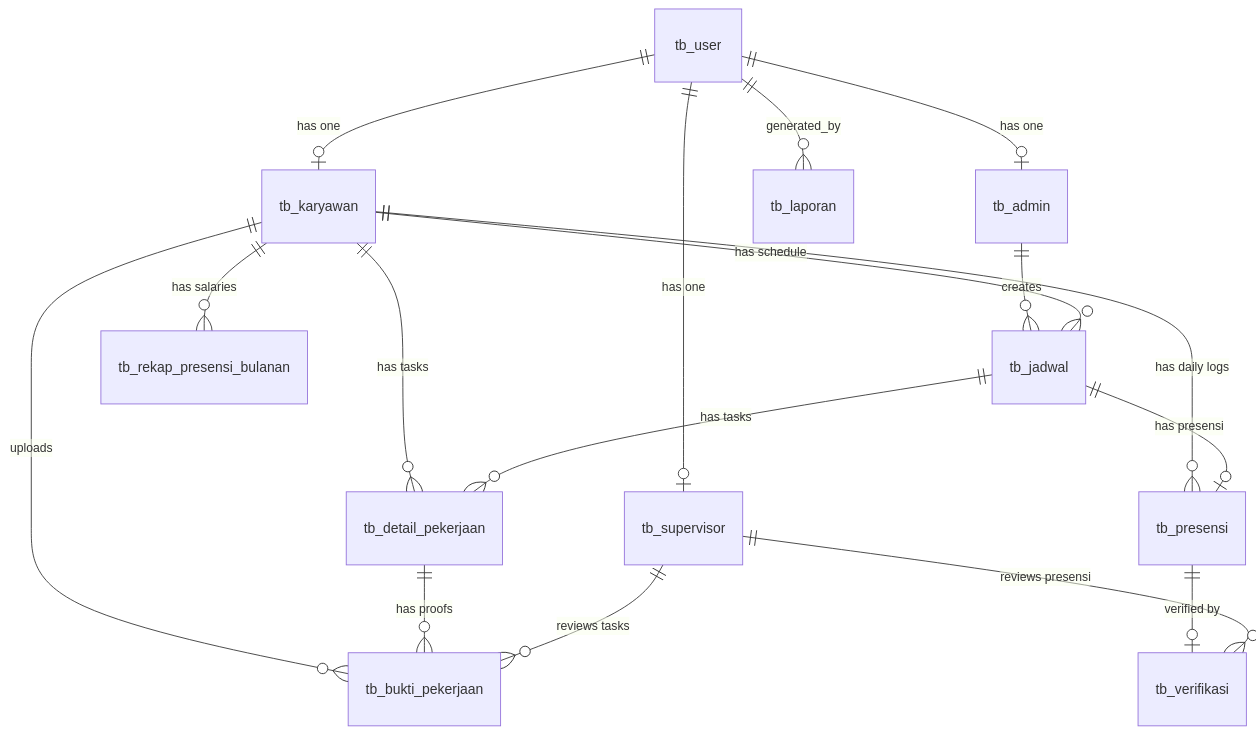
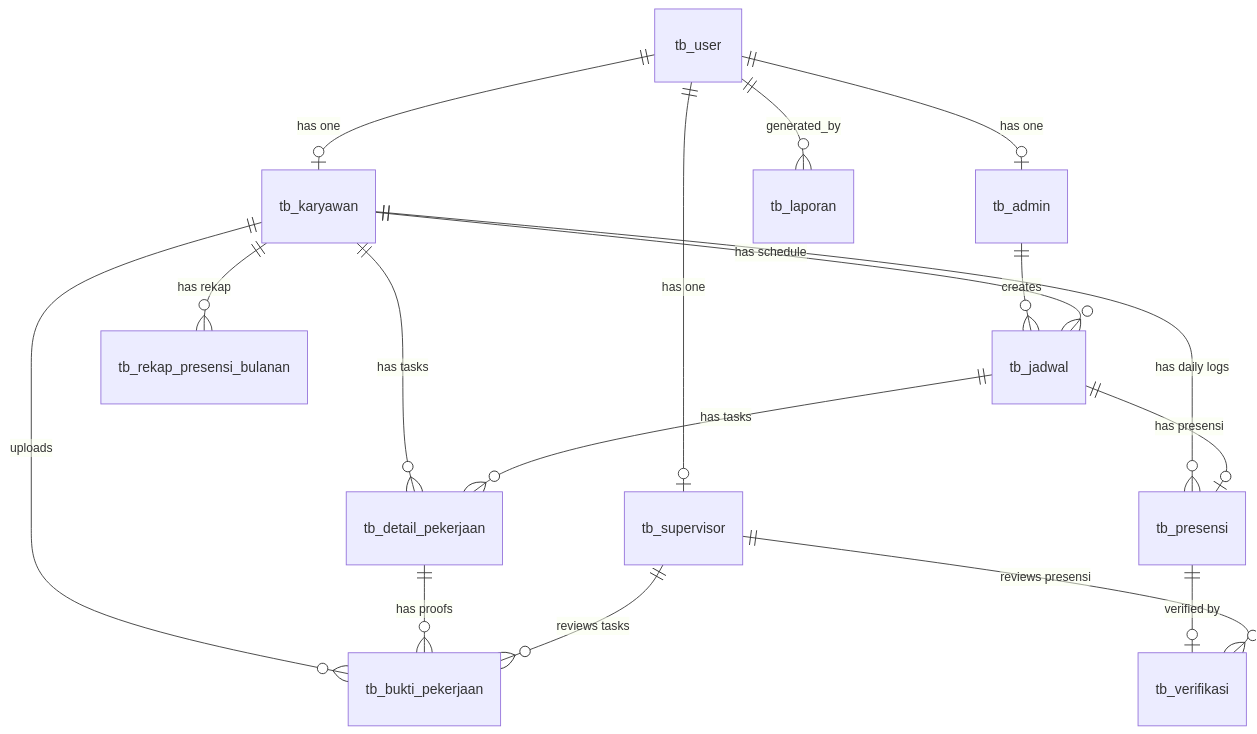
Before and after one commit to FadhilahNezaSolikhah/sistem-kepegawaian: the diagram in docs/v2/02-database-schema.md, drawn with Mermaid. The commit also changed other lines of this file and 9 other files, not shown here.

````diff
--- a/docs/v2/02-database-schema.md
+++ b/docs/v2/02-database-schema.md
@@ -197,25 +210,25 @@
 ```mermaid
 erDiagram
     tb_user ||--o| tb_admin : "has one"
     tb_user ||--o| tb_supervisor : "has one"
     tb_user ||--o| tb_karyawan : "has one"
     tb_user ||--o{ tb_laporan : "generated_by"
 
     tb_admin ||--o{ tb_jadwal : "creates"
 
     tb_karyawan ||--o{ tb_jadwal : "has schedule"
     tb_karyawan ||--o{ tb_detail_pekerjaan : "has tasks"
     tb_karyawan ||--o{ tb_presensi : "has daily logs"
-    tb_karyawan ||--o{ tb_rekap_presensi_bulanan : "has salaries"
+    tb_karyawan ||--o{ tb_rekap_presensi_bulanan : "has rekap"
     tb_karyawan ||--o{ tb_bukti_pekerjaan : "uploads"
 
     tb_jadwal ||--o{ tb_detail_pekerjaan : "has tasks"
     tb_jadwal ||--o| tb_presensi : "has presensi"
 
     tb_detail_pekerjaan ||--o{ tb_bukti_pekerjaan : "has proofs"
 
     tb_presensi ||--o| tb_verifikasi : "verified by"
 
     tb_supervisor ||--o{ tb_verifikasi : "reviews presensi"
     tb_supervisor ||--o{ tb_bukti_pekerjaan : "reviews tasks"
 ```
````
